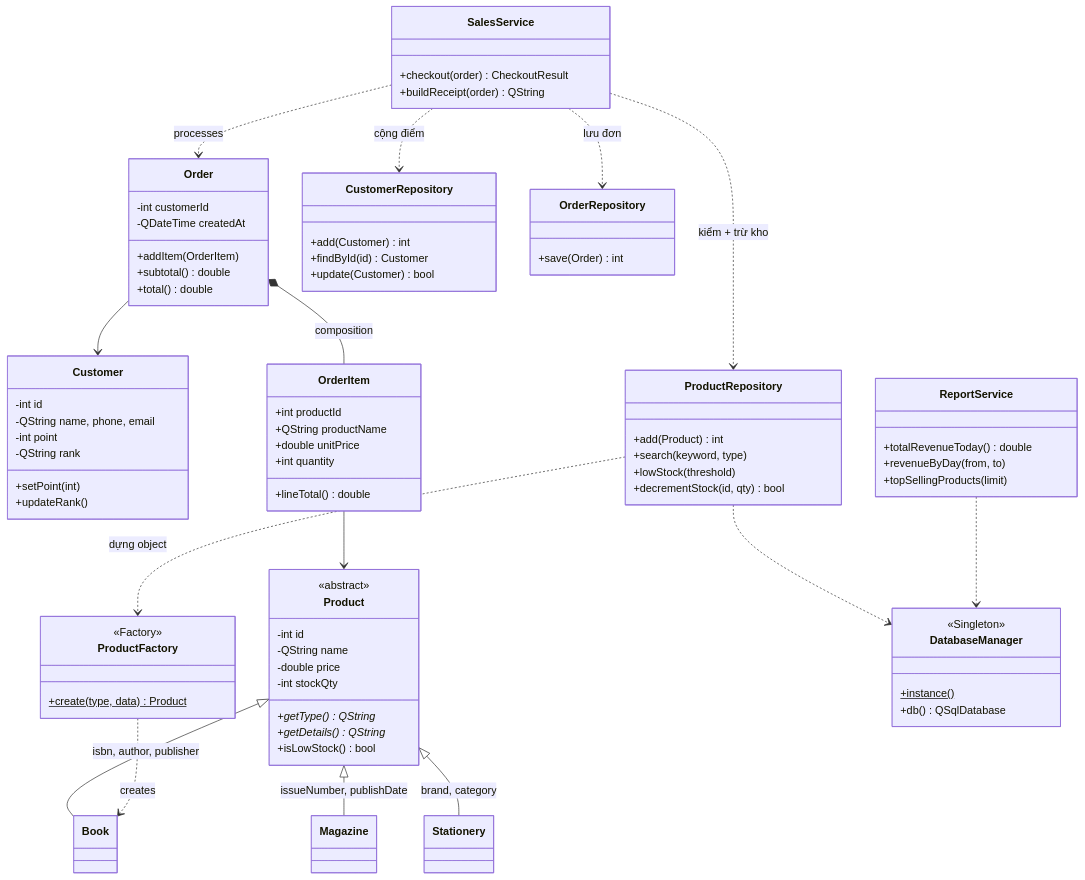
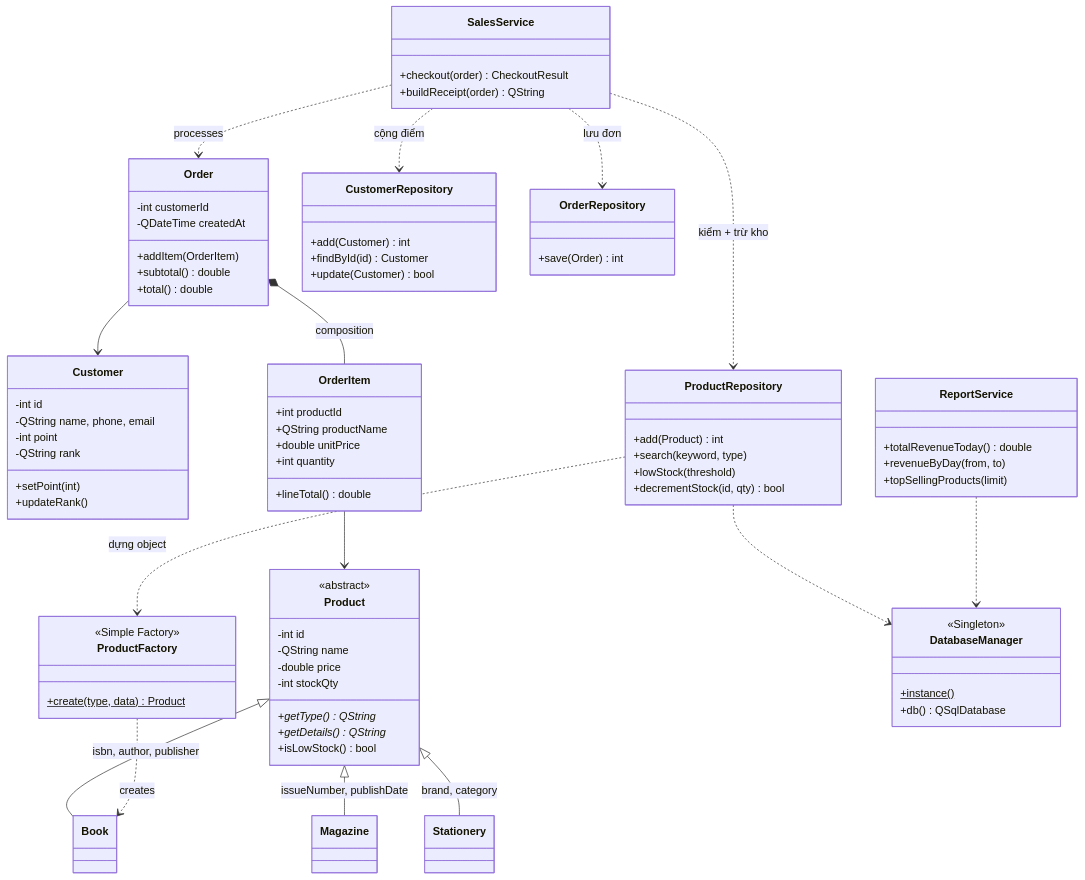
One commit to nguyenphucloc229/Bookstore-Management-System changed the diagram in KE_HOACH.md. Above: the diagram before and after it, drawn with Mermaid. The commit also changed other lines of this file and 1 other file, not shown here.

Commit message:
[docs] Ban thao chuong c+d; goi dung ten Simple Factory thay vi Factory Method

```diff
--- a/KE_HOACH.md
+++ b/KE_HOACH.md
@@ -227,7 +227,7 @@
     OrderItem --> Product
 
     class ProductFactory {
-        <<Factory>>
+        <<Simple Factory>>
         +create(type, data)$ Product
     }
     class DatabaseManager {
```
